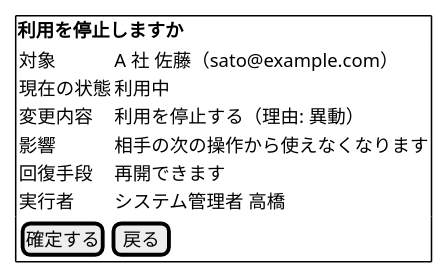
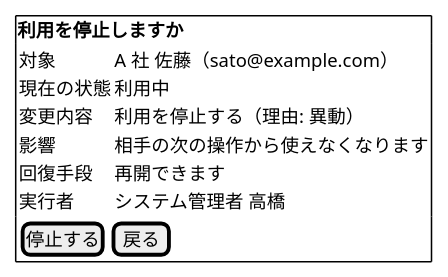
Diagram 27 of 36 in docs/design/cargo-tracker/ui_design.md (k2works/practical-domain-driven-design-in-enterpris-application), drawn with PlantUML before and after one commit. The commit also changed other lines of this file and 7 other files, not shown here.

````diff
--- a/docs/design/cargo-tracker/ui_design.md
+++ b/docs/design/cargo-tracker/ui_design.md
@@ -1170,16 +1170,16 @@
 ```plantuml
 @startsalt
 {+
   <b>利用を停止しますか
   {
     対象       | A 社 佐藤（sato@example.com）
     現在の状態 | 利用中
     変更内容   | 利用を停止する（理由: 異動）
     影響       | 相手の次の操作から使えなくなります
     回復手段   | 再開できます
     実行者     | システム管理者 高橋
   }
-  { [ 確定する ] | [ 戻る ] }
+  { [ 停止する ] | [ 戻る ] }
 }
 @endsalt
 ```
````
